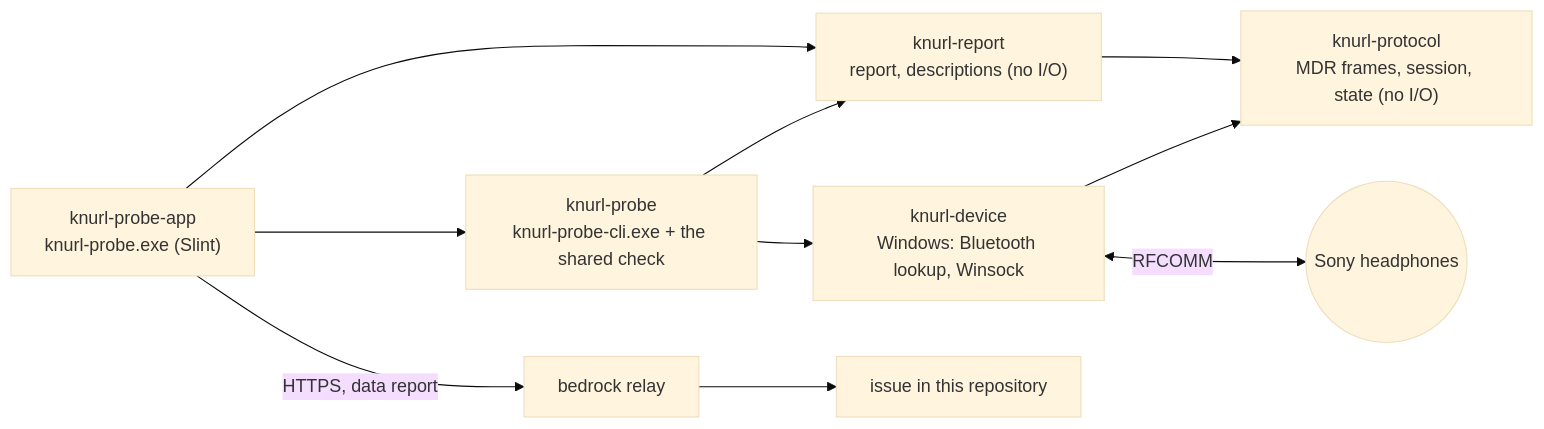
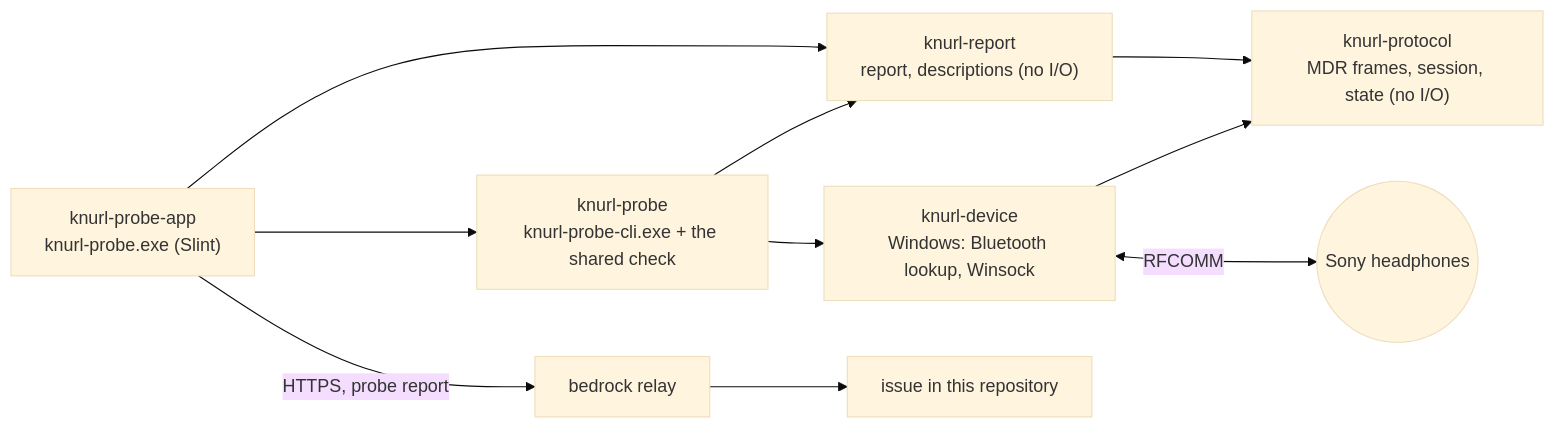
Before and after one commit to dooperdrew/knurl-probe: the diagram in docs/03-architecture.md, drawn with Mermaid (base theme). The commit also changed other lines of this file and 8 other files, not shown here.

First line of the commit message:
docs: send as a probe report (decision 0007); checked_at on the app's failed check

````diff
--- a/docs/03-architecture.md
+++ b/docs/03-architecture.md
@@ -16,11 +16,11 @@
 ```mermaid
 flowchart LR
     app["knurl-probe-app<br/>knurl-probe.exe (Slint)"] --> probe
     app --> report
     probe["knurl-probe<br/>knurl-probe-cli.exe + the shared check"] --> device["knurl-device<br/>Windows: Bluetooth lookup, Winsock"]
     probe --> report["knurl-report<br/>report, descriptions (no I/O)"]
     report --> protocol
     device --> protocol["knurl-protocol<br/>MDR frames, session, state (no I/O)"]
     device <-- "RFCOMM" --> phones(("Sony headphones"))
-    app -- "HTTPS, data report" --> relay["bedrock relay"] --> issue["issue in this repository"]
+    app -- "HTTPS, probe report" --> relay["bedrock relay"] --> issue["issue in this repository"]
 ```
````
